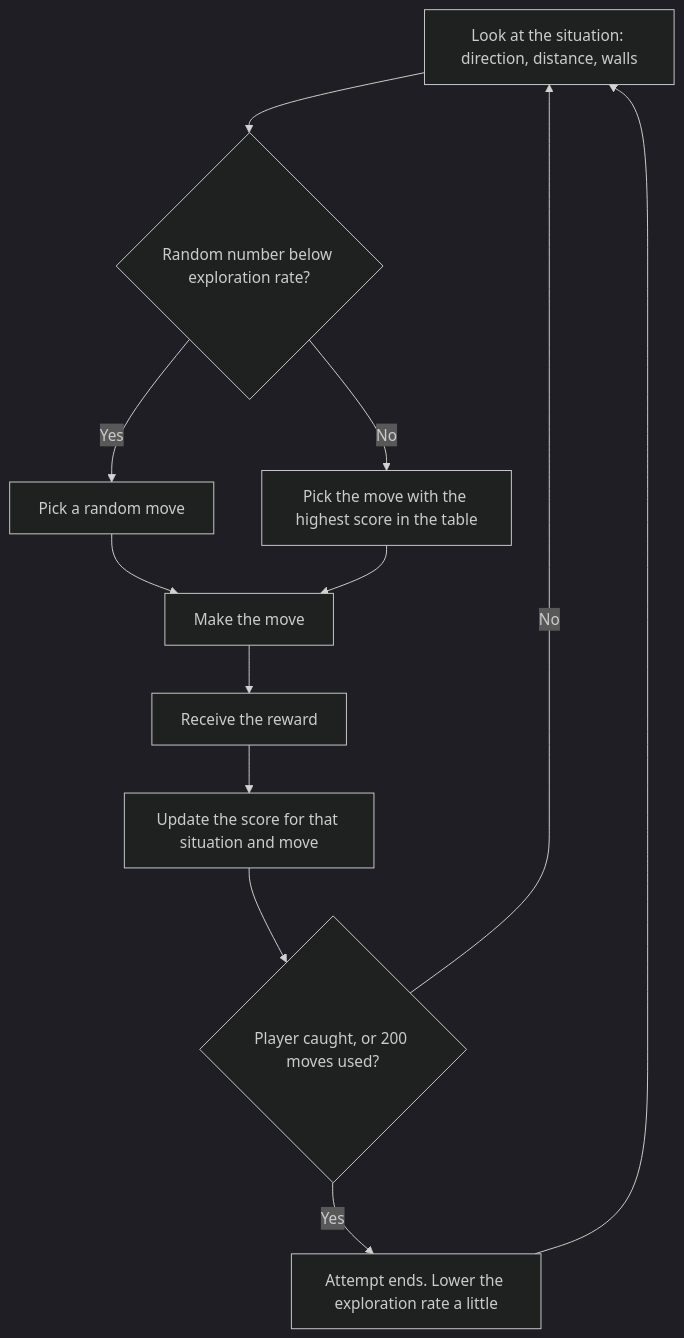
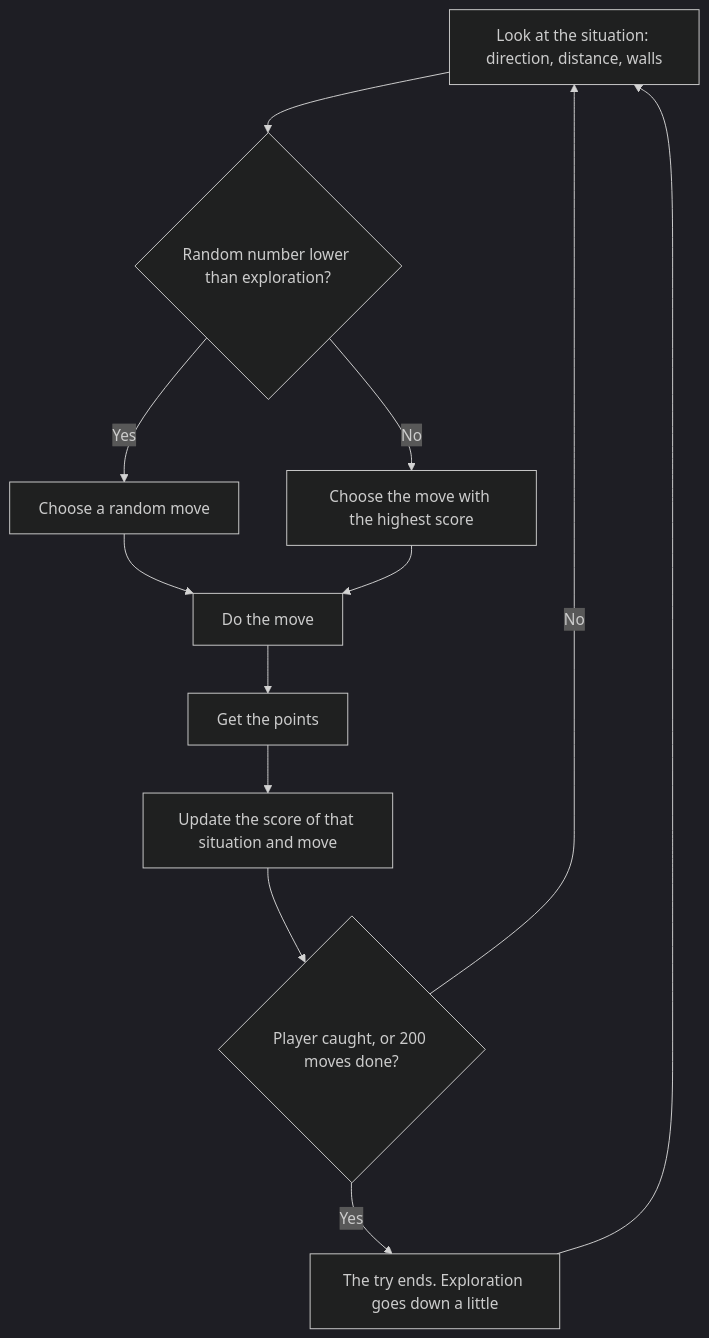
One commit to Eslavic/Fontys-University changed the third of 3 diagrams in First Semester/LO2 Professional IT Products/Challenge 1 - The Witness/3 Design/Design.md. Above: the diagram before and after it, drawn with Mermaid (dark theme). The commit also changed other lines of this file and 1 other file, not shown here.

````diff
--- a/First Semester/LO2 Professional IT Products/Challenge 1 - The Witness/3 Design/Design.md
+++ b/First Semester/LO2 Professional IT Products/Challenge 1 - The Witness/3 Design/Design.md
@@ -232,14 +266,14 @@
 ```mermaid
 flowchart TD
-    A[Look at the situation: direction, distance, walls] --> B{Random number below exploration rate?}
-    B -- Yes --> C[Pick a random move]
-    B -- No --> D[Pick the move with the highest score in the table]
-    C --> E[Make the move]
+    A[Look at the situation: direction, distance, walls] --> B{Random number lower than exploration?}
+    B -- Yes --> C[Choose a random move]
+    B -- No --> D[Choose the move with the highest score]
+    C --> E[Do the move]
     D --> E
-    E --> F[Receive the reward]
-    F --> G[Update the score for that situation and move]
-    G --> H{Player caught, or 200 moves used?}
+    E --> F[Get the points]
+    F --> G[Update the score of that situation and move]
+    G --> H{Player caught, or 200 moves done?}
     H -- No --> A
-    H -- Yes --> I[Attempt ends. Lower the exploration rate a little]
+    H -- Yes --> I[The try ends. Exploration goes down a little]
     I --> A
 ```
````
